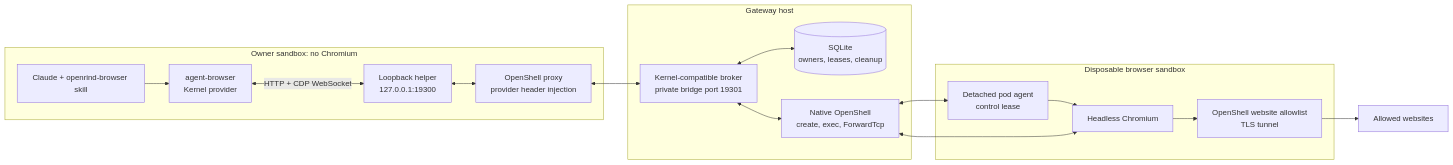
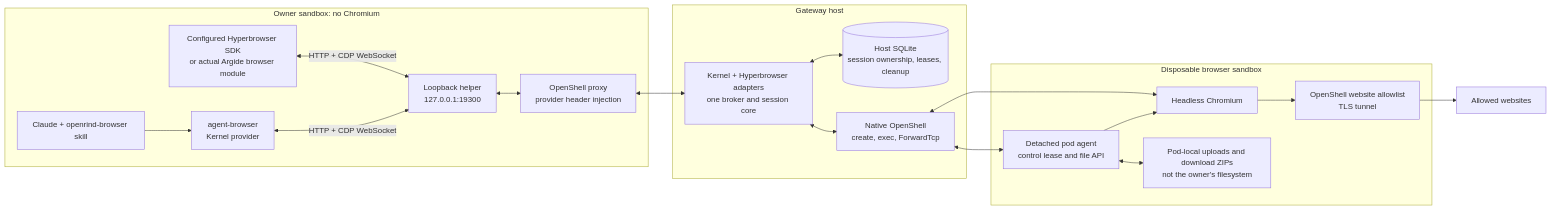
One commit to Pavitra-programmers/openeral changed the second of 3 diagrams in README.md. Above: the diagram before and after it, drawn with Mermaid. The commit also changed other lines of this file and 56 other files, not shown here.

Commit message:
Harden browser pods and add Hyperbrowser and Argide validation

````diff
--- a/README.md
+++ b/README.md
@@ -160,23 +186,27 @@
 ```mermaid
 flowchart LR
   subgraph owner["Owner sandbox: no Chromium"]
     agent["Claude + openrind-browser skill"] --> client["agent-browser<br/>Kernel provider"]
+    argide["Configured Hyperbrowser SDK<br/>or actual Argide browser module"]
     client <-->|"HTTP + CDP WebSocket"| helper["Loopback helper<br/>127.0.0.1:19300"]
+    argide <-->|"HTTP + CDP WebSocket"| helper
     helper <--> ownerproxy["OpenShell proxy<br/>provider header injection"]
   end
   subgraph host["Gateway host"]
-    broker["Kernel-compatible broker<br/>private bridge port 19301"]
-    registry[("SQLite<br/>owners, leases, cleanup")]
+    broker["Kernel + Hyperbrowser adapters<br/>one broker and session core"]
+    registry[("Host SQLite<br/>session ownership, leases, cleanup")]
     forward["Native OpenShell<br/>create, exec, ForwardTcp"]
     broker <--> registry
     broker <--> forward
   end
   subgraph browser["Disposable browser sandbox"]
-    podagent["Detached pod agent<br/>control lease"] --> chrome["Headless Chromium"]
+    podagent["Detached pod agent<br/>control lease and file API"] --> chrome["Headless Chromium"]
+    artifacts["Pod-local uploads and download ZIPs<br/>not the owner's filesystem"]
+    podagent <--> artifacts
     chrome --> webproxy["OpenShell website allowlist<br/>TLS tunnel"]
   end
   ownerproxy <--> broker
   forward <--> podagent
   forward <--> chrome
   webproxy --> web["Allowed websites"]
 ```
````
